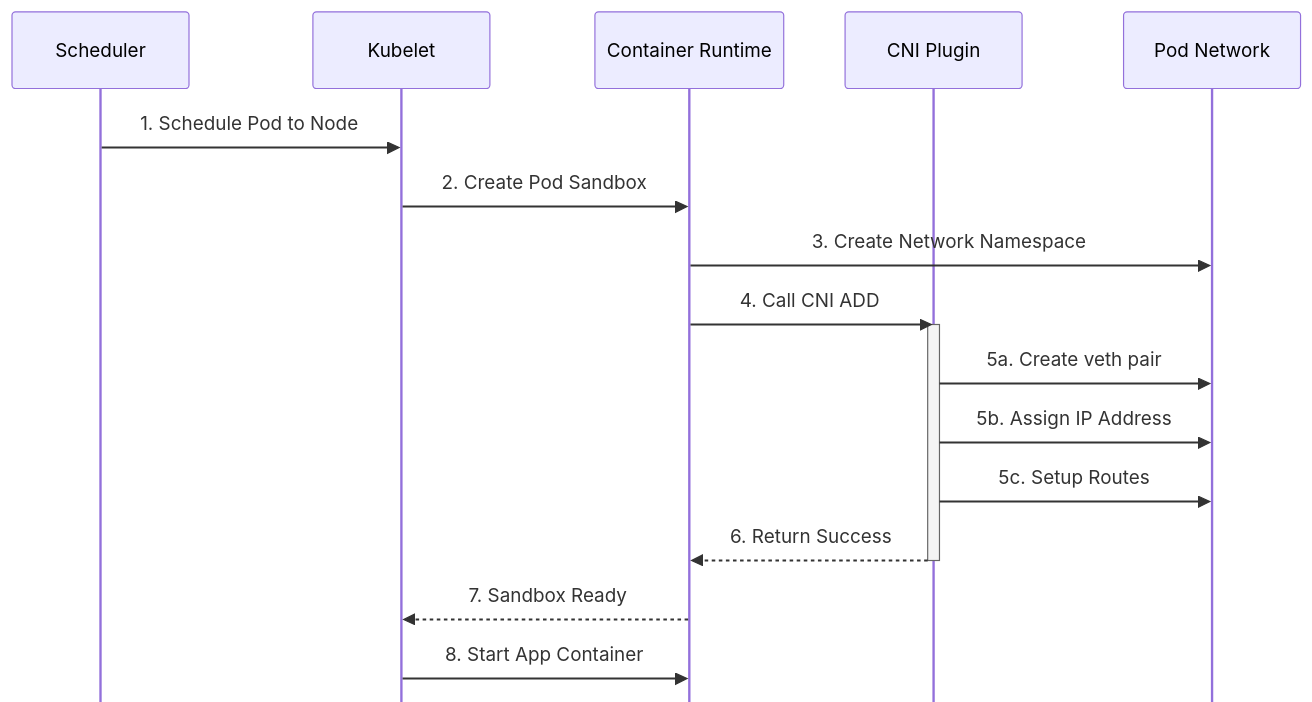
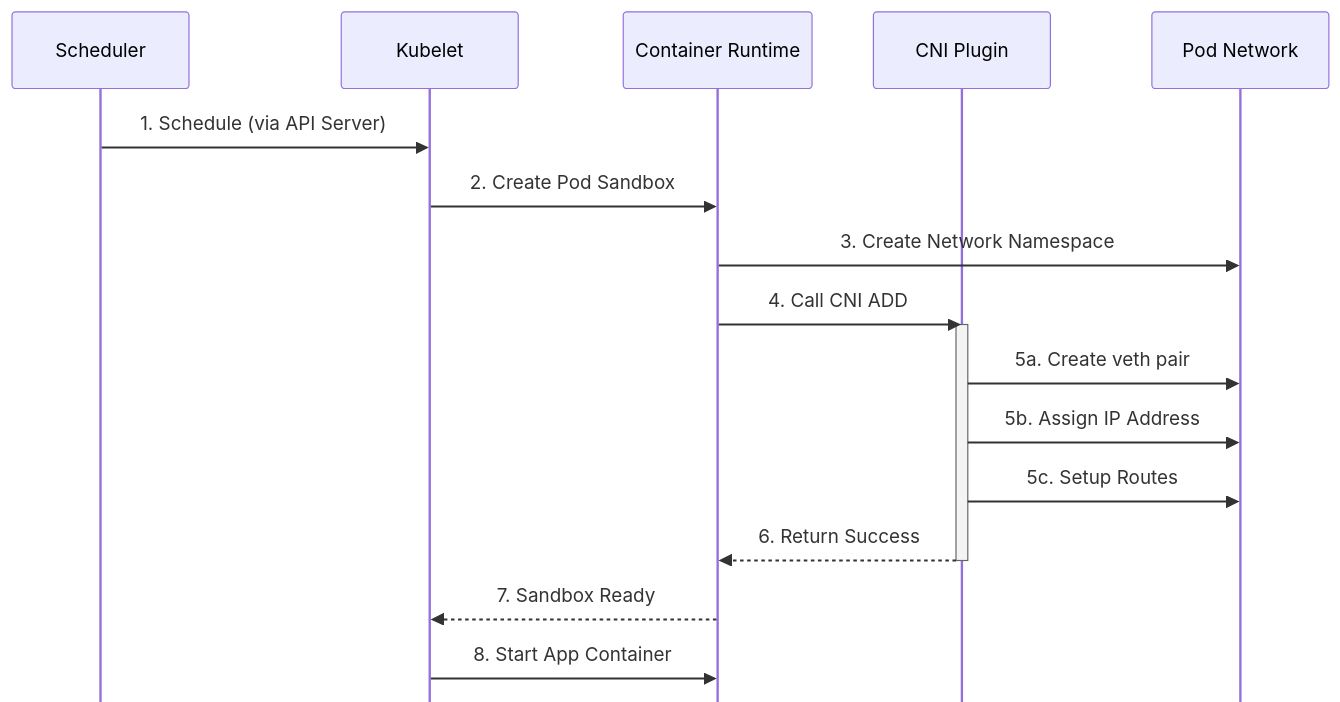
The fifth of 13 diagrams in _posts/2025-09-07-kubernetes-networking-series-part-2.md (SRodi/srodi.github.io), drawn with Mermaid before and after one commit. The commit also changed other lines of this file, not shown here.

````diff
--- a/_posts/2025-09-07-kubernetes-networking-series-part-2.md
+++ b/_posts/2025-09-07-kubernetes-networking-series-part-2.md
@@ -207,22 +207,22 @@
 ```mermaid
 %%{init: {'sequence': {'mirrorActors': false}}}%%
 sequenceDiagram
     participant S as Scheduler
     participant K as Kubelet
     participant CR as Container Runtime
     participant C as CNI Plugin
     participant P as Pod Network
 
-    S->>K: 1. Schedule Pod to Node
+    S->>K: 1. Schedule (via API Server)
     K->>CR: 2. Create Pod Sandbox
     CR->>P: 3. Create Network Namespace
     CR->>C: 4. Call CNI ADD
     activate C
     C->>P: 5a. Create veth pair
     C->>P: 5b. Assign IP Address
     C->>P: 5c. Setup Routes
     C-->>CR: 6. Return Success
     deactivate C
     CR-->>K: 7. Sandbox Ready
     K->>CR: 8. Start App Container
 ```
````
